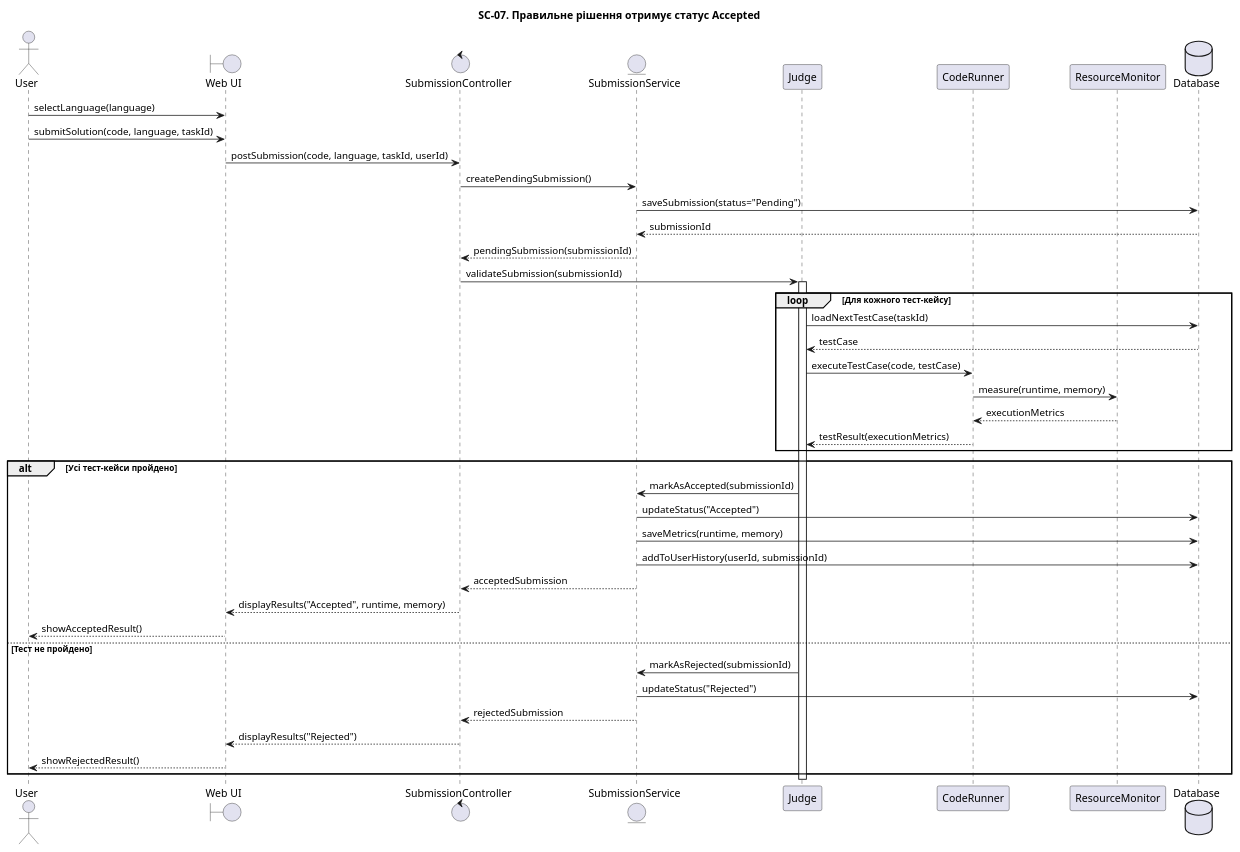
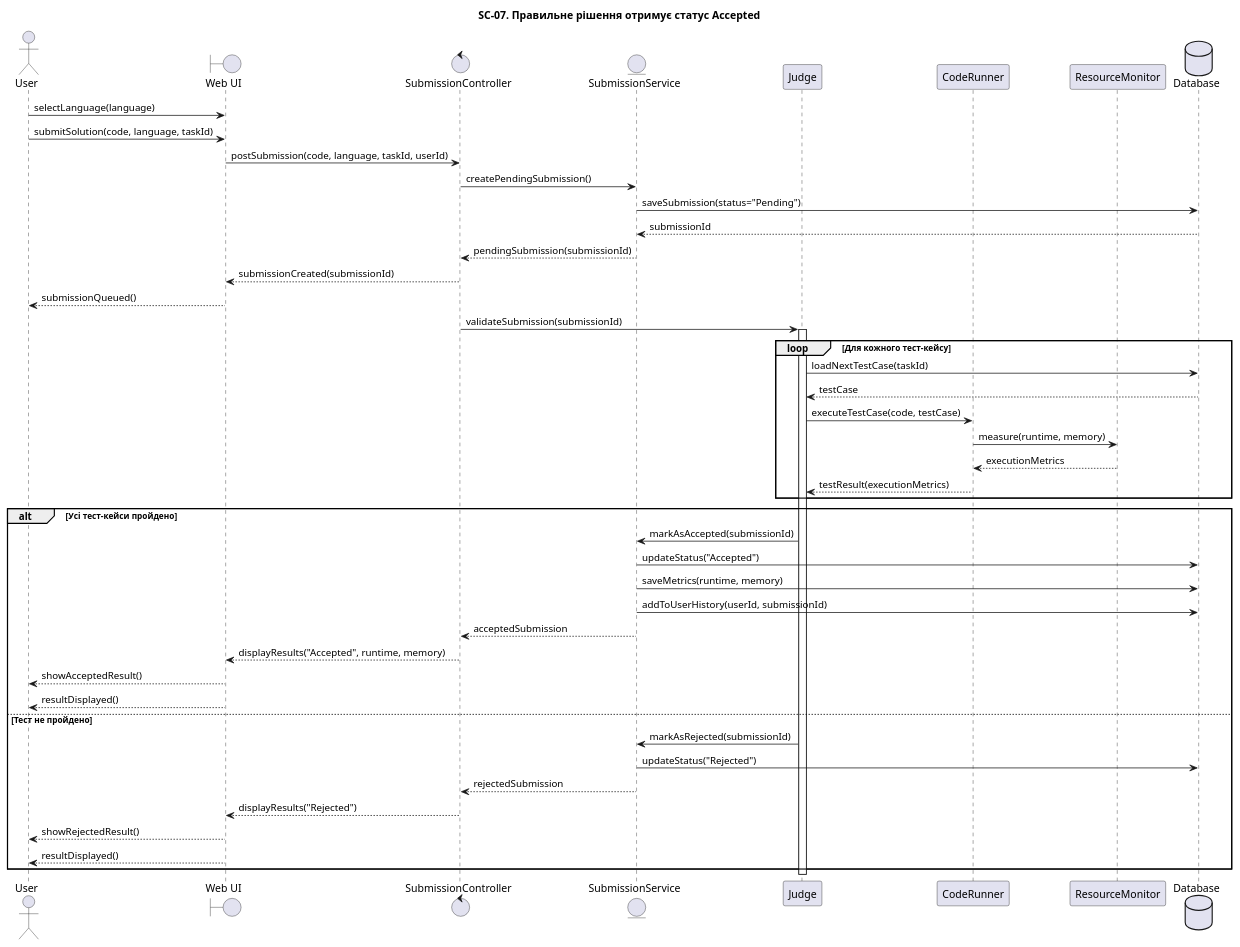
Before and after one commit to Cammp3r/KPI-2-LABS: the diagram in lab3/sequence/SC-07.puml, drawn with PlantUML. The commit also changed 2 other files, not shown here.

```diff
--- a/lab3/sequence/SC-07.puml
+++ b/lab3/sequence/SC-07.puml
@@ -1,50 +1,54 @@
 @startuml
 title SC-07. Правильне рішення отримує статус Accepted
 
 actor "User" as User
 boundary "Web UI" as UI
 control "SubmissionController" as Controller
 entity "SubmissionService" as SubmissionService
 participant "Judge" as Judge
 participant "CodeRunner" as Runner
 participant "ResourceMonitor" as Metrics
 database "Database" as DB
 
 User -> UI: selectLanguage(language)
 User -> UI: submitSolution(code, language, taskId)
 UI -> Controller: postSubmission(code, language, taskId, userId)
 
 Controller -> SubmissionService: createPendingSubmission()
 SubmissionService -> DB: saveSubmission(status="Pending")
 DB --> SubmissionService: submissionId
 SubmissionService --> Controller: pendingSubmission(submissionId)
+Controller --> UI: submissionCreated(submissionId)
+UI --> User: submissionQueued()
 Controller -> Judge: validateSubmission(submissionId)
 activate Judge
 
 loop Для кожного тест-кейсу
     Judge -> DB: loadNextTestCase(taskId)
     DB --> Judge: testCase
     Judge -> Runner: executeTestCase(code, testCase)
     Runner -> Metrics: measure(runtime, memory)
     Metrics --> Runner: executionMetrics
     Runner --> Judge: testResult(executionMetrics)
 end
 
 alt Усі тест-кейси пройдено
     Judge -> SubmissionService: markAsAccepted(submissionId)
     SubmissionService -> DB: updateStatus("Accepted")
     SubmissionService -> DB: saveMetrics(runtime, memory)
     SubmissionService -> DB: addToUserHistory(userId, submissionId)
     SubmissionService --> Controller: acceptedSubmission
     Controller --> UI: displayResults("Accepted", runtime, memory)
     UI --> User: showAcceptedResult()
+    UI --> User: resultDisplayed()
 else Тест не пройдено
     Judge -> SubmissionService: markAsRejected(submissionId)
     SubmissionService -> DB: updateStatus("Rejected")
     SubmissionService --> Controller: rejectedSubmission
     Controller --> UI: displayResults("Rejected")
     UI --> User: showRejectedResult()
+    UI --> User: resultDisplayed()
 end
 
 deactivate Judge
 @enduml
```
